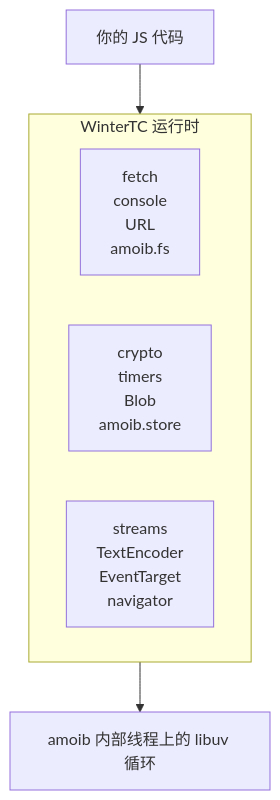
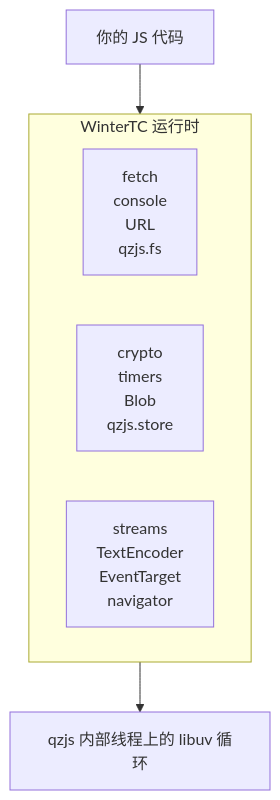
The diagram in docs/zh/js-api/index.md (adam-ikari/qwrt), drawn with Mermaid before and after one commit. The commit also changed other lines of this file and 349 other files, not shown here.

````diff
--- a/docs/zh/js-api/index.md
+++ b/docs/zh/js-api/index.md
@@ -12,11 +12,11 @@
 ```mermaid
 flowchart TB
     A["你的 JS 代码"] --> B
     subgraph B["WinterTC 运行时"]
         direction LR
-        C["fetch<br/>console<br/>URL<br/>amoib.fs"]
-        D["crypto<br/>timers<br/>Blob<br/>amoib.store"]
+        C["fetch<br/>console<br/>URL<br/>qzjs.fs"]
+        D["crypto<br/>timers<br/>Blob<br/>qzjs.store"]
         E["streams<br/>TextEncoder<br/>EventTarget<br/>navigator"]
     end
-    B --> G["amoib 内部线程上的 libuv 循环"]
+    B --> G["qzjs 内部线程上的 libuv 循环"]
 ```
````
